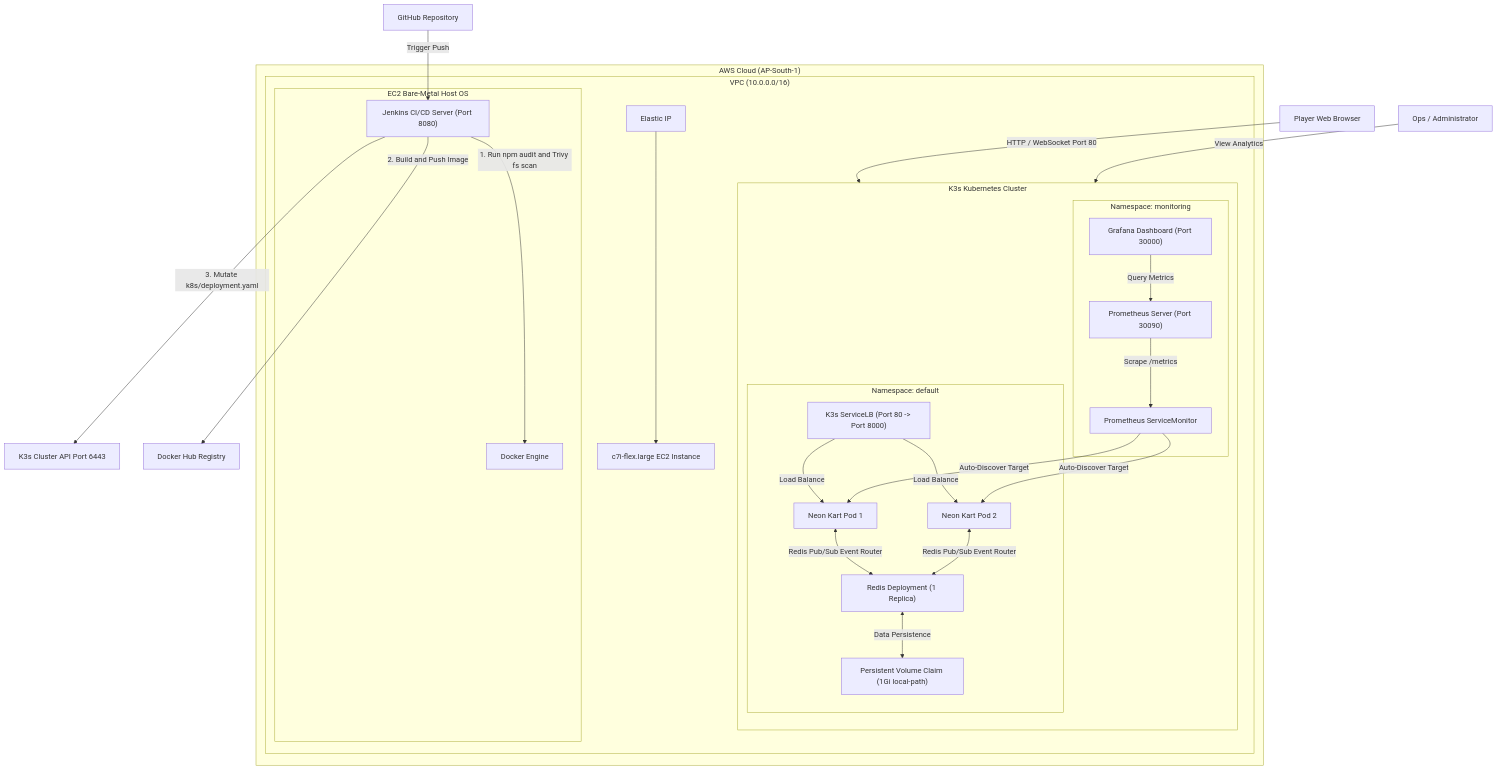
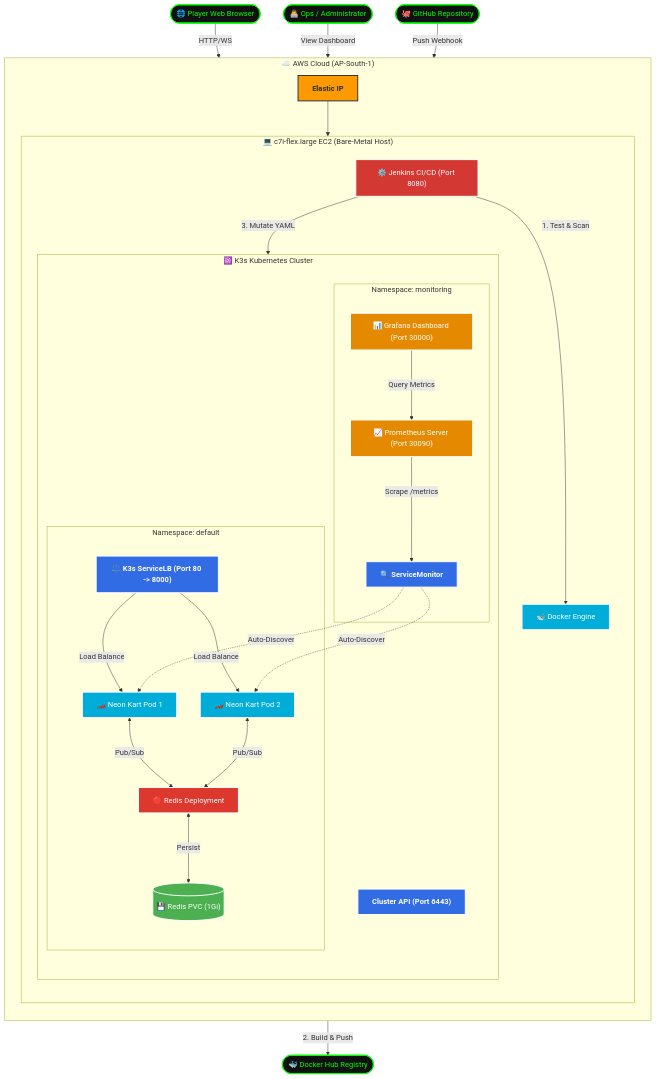
Before and after one commit to Akash123-cyber/Neon-Kart-Cloud-Architecture: the first of 2 diagrams in README.md, drawn with Mermaid. The commit also changed other lines of this file, not shown here.

Commit message:
updated System architecture diagram in readme

````diff
--- a/README.md
+++ b/README.md
@@ -49,55 +49,69 @@
 ```mermaid
-graph TD
-    subgraph AWS_Cloud ["AWS Cloud (AP-South-1)"]
-        subgraph VPC ["VPC (10.0.0.0/16)"]
-            EIP["Elastic IP"] --> EC2["c7i-flex.large EC2 Instance"]
+flowchart TB
+    %% Styling Definitions
+    classDef aws fill:#FF9900,stroke:#232F3E,stroke-width:2px,color:#232F3E,font-weight:bold
+    classDef k8s fill:#326CE5,stroke:#fff,stroke-width:2px,color:#fff,font-weight:bold
+    classDef pod fill:#00ADD8,stroke:#fff,stroke-width:2px,color:#fff
+    classDef redis fill:#DC382D,stroke:#fff,stroke-width:2px,color:#fff
+    classDef jenkins fill:#D33833,stroke:#fff,stroke-width:2px,color:#fff
+    classDef ext fill:#111111,stroke:#00FF00,stroke-width:2px,color:#00FF00
+    classDef monitor fill:#E58A00,stroke:#fff,stroke-width:2px,color:#fff
+    classDef db fill:#4CAF50,stroke:#fff,stroke-width:2px,color:#fff
+
+    Client(["🌐 Player Web Browser"]):::ext
+    Github(["🐙 GitHub Repository"]):::ext
+    Developer(["👨‍💻 Ops / Administrator"]):::ext
+    DockerHub(["🐳 Docker Hub Registry"]):::ext
+
+    subgraph AWS ["☁️ AWS Cloud (AP-South-1)"]
+        direction TB
+        EIP["Elastic IP"]:::aws
+        
+        subgraph EC2 ["💻 c7i-flex.large EC2 (Bare-Metal Host)"]
+            direction TB
+            Jenkins["⚙️ Jenkins CI/CD (Port 8080)"]:::jenkins
+            Docker["🐋 Docker Engine"]:::pod
             
-            subgraph EC2_Host ["EC2 Bare-Metal Host OS"]
-                Jenkins["Jenkins CI/CD Server (Port 8080)"]
-                Docker["Docker Engine"]
-            end
-            
-            subgraph K3s_Cluster ["K3s Kubernetes Cluster"]
+            subgraph K3S ["☸️ K3s Kubernetes Cluster"]
                 direction TB
+                K3sAPI["Cluster API (Port 6443)"]:::k8s
                 
-                subgraph Default_Namespace ["Namespace: default"]
-                    ServiceLB["K3s ServiceLB (Port 80 -> Port 8000)"]
-                    
-                    Pod1["Neon Kart Pod 1"]
-                    Pod2["Neon Kart Pod 2"]
-                    
-                    Redis["Redis Deployment (1 Replica)"]
-                    RedisPVC["Persistent Volume Claim (1Gi local-path)"]
+                subgraph NS_Default ["Namespace: default"]
+                    ServiceLB["⚖️ K3s ServiceLB (Port 80 -> 8000)"]:::k8s
+                    Pod1["🏎️ Neon Kart Pod 1"]:::pod
+                    Pod2["🏎️ Neon Kart Pod 2"]:::pod
+                    Redis["🔴 Redis Deployment"]:::redis
+                    RedisPVC[("💾 Redis PVC (1Gi)")]:::db
                 end
                 
-                subgraph Monitoring_Namespace ["Namespace: monitoring"]
-                    Prometheus["Prometheus Server (Port 30090)"]
-                    Grafana["Grafana Dashboard (Port 30000)"]
-                    ServiceMonitor["Prometheus ServiceMonitor"]
+                subgraph NS_Monitor ["Namespace: monitoring"]
+                    Prometheus["📈 Prometheus Server (Port 30090)"]:::monitor
+                    Grafana["📊 Grafana Dashboard (Port 30000)"]:::monitor
+                    ServiceMonitor["🔍 ServiceMonitor"]:::k8s
                 end
             end
         end
     end
-    
-    %% Connections & Data Flow
-    Client["Player Web Browser"] -->|HTTP / WebSocket Port 80| ServiceLB
+
+    %% Connections
+    EIP --> EC2
+    Client -->|HTTP/WS| ServiceLB
     ServiceLB -->|Load Balance| Pod1
     ServiceLB -->|Load Balance| Pod2
-    
-    Pod1 <-->|Redis Pub/Sub Event Router| Redis
-    Pod2 <-->|Redis Pub/Sub Event Router| Redis
-    Redis <-->|Data Persistence| RedisPVC
-    
-    %% Monitoring Flow
-    ServiceMonitor -->|Auto-Discover Target| Pod1
-    ServiceMonitor -->|Auto-Discover Target| Pod2
+    Pod1 <-->|Pub/Sub| Redis
+    Pod2 <-->|Pub/Sub| Redis
+    Redis <-->|Persist| RedisPVC
+
+    %% Monitoring
+    ServiceMonitor -.->|Auto-Discover| Pod1
+    ServiceMonitor -.->|Auto-Discover| Pod2
     Prometheus -->|Scrape /metrics| ServiceMonitor
     Grafana -->|Query Metrics| Prometheus
-    Developer["Ops / Administrator"] -->|View Analytics| Grafana
-    
-    %% CI/CD flow
-    Github["GitHub Repository"] -->|Trigger Push| Jenkins
-    Jenkins -->|1. Run npm audit and Trivy fs scan| Docker
-    Jenkins -->|2. Build and Push Image| DockerHub["Docker Hub Registry"]
-    Jenkins -->|3. Mutate k8s/deployment.yaml| K3sAPI["K3s Cluster API Port 6443"]
+    Developer -->|View Dashboard| Grafana
+
+    %% CI/CD
+    Github -->|Push Webhook| Jenkins
+    Jenkins -->|1. Test & Scan| Docker
+    Jenkins -->|2. Build & Push| DockerHub
+    Jenkins -->|3. Mutate YAML| K3sAPI
 ```
````
